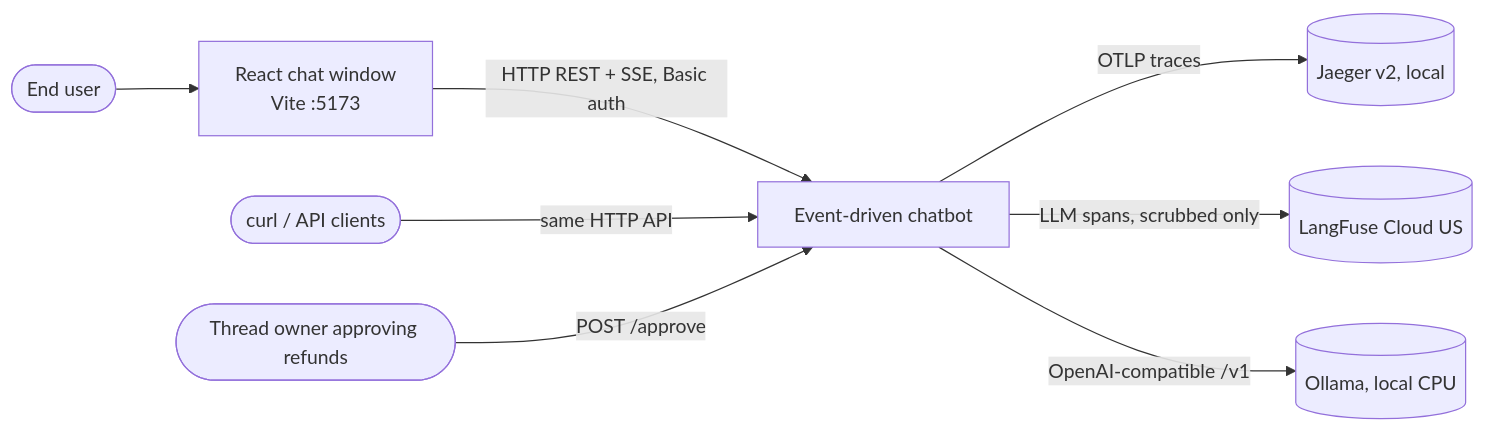
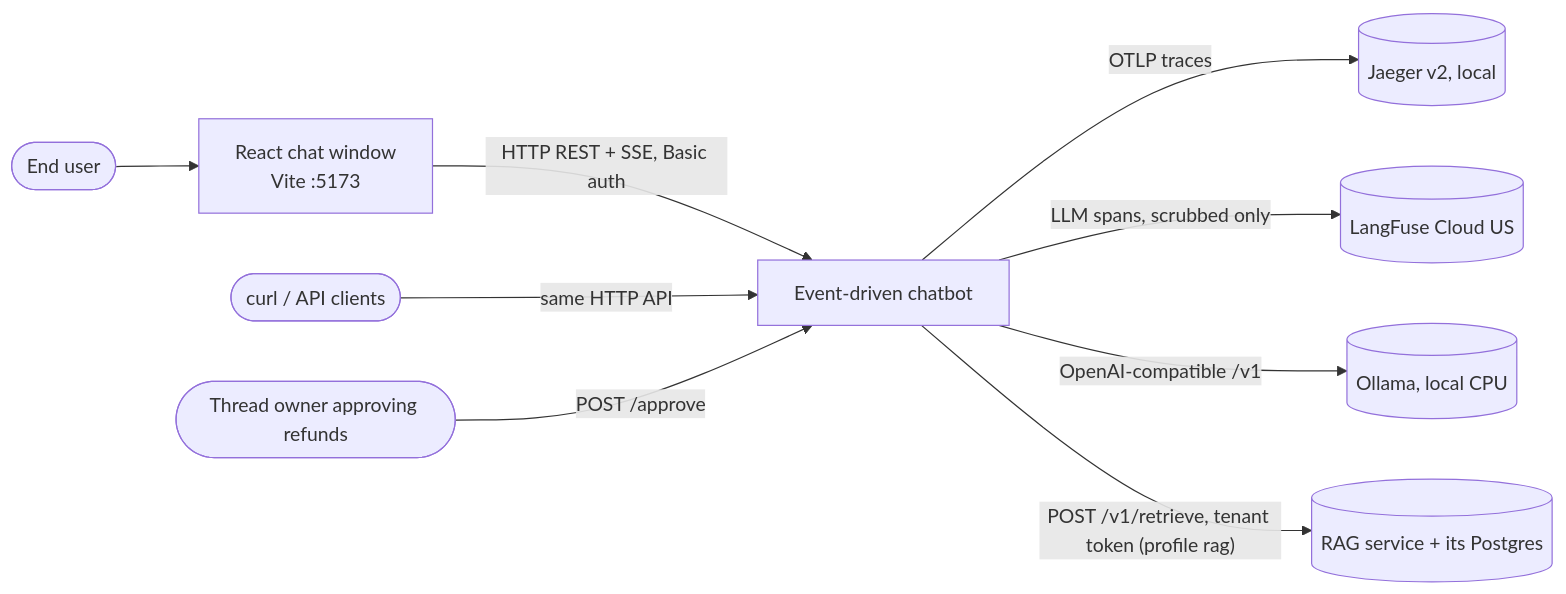
The first of 2 diagrams in docs/architecture/HLD.md (jayakumar-devaraj/enterprise-agentic-event-driven-chatbot), drawn with Mermaid before and after one commit. The commit also changed other lines of this file and 5 other files, not shown here.

````diff
--- a/docs/architecture/HLD.md
+++ b/docs/architecture/HLD.md
@@ -24,10 +24,11 @@
 ```mermaid
 flowchart LR
   user([End user]) --> ui[React chat window<br/>Vite :5173]
   ui -- "HTTP REST + SSE, Basic auth" --> sys[Event-driven chatbot]
   cli([curl / API clients]) -- "same HTTP API" --> sys
   approver([Thread owner approving refunds]) -- "POST /approve" --> sys
   sys -- "OTLP traces" --> jaeger[(Jaeger v2, local)]
   sys -- "LLM spans, scrubbed only" --> langfuse[(LangFuse Cloud US)]
   sys -- "OpenAI-compatible /v1" --> ollama[(Ollama, local CPU)]
+  sys -- "POST /v1/retrieve, tenant token (profile rag)" --> rag[(RAG service + its Postgres)]
 ```
````
